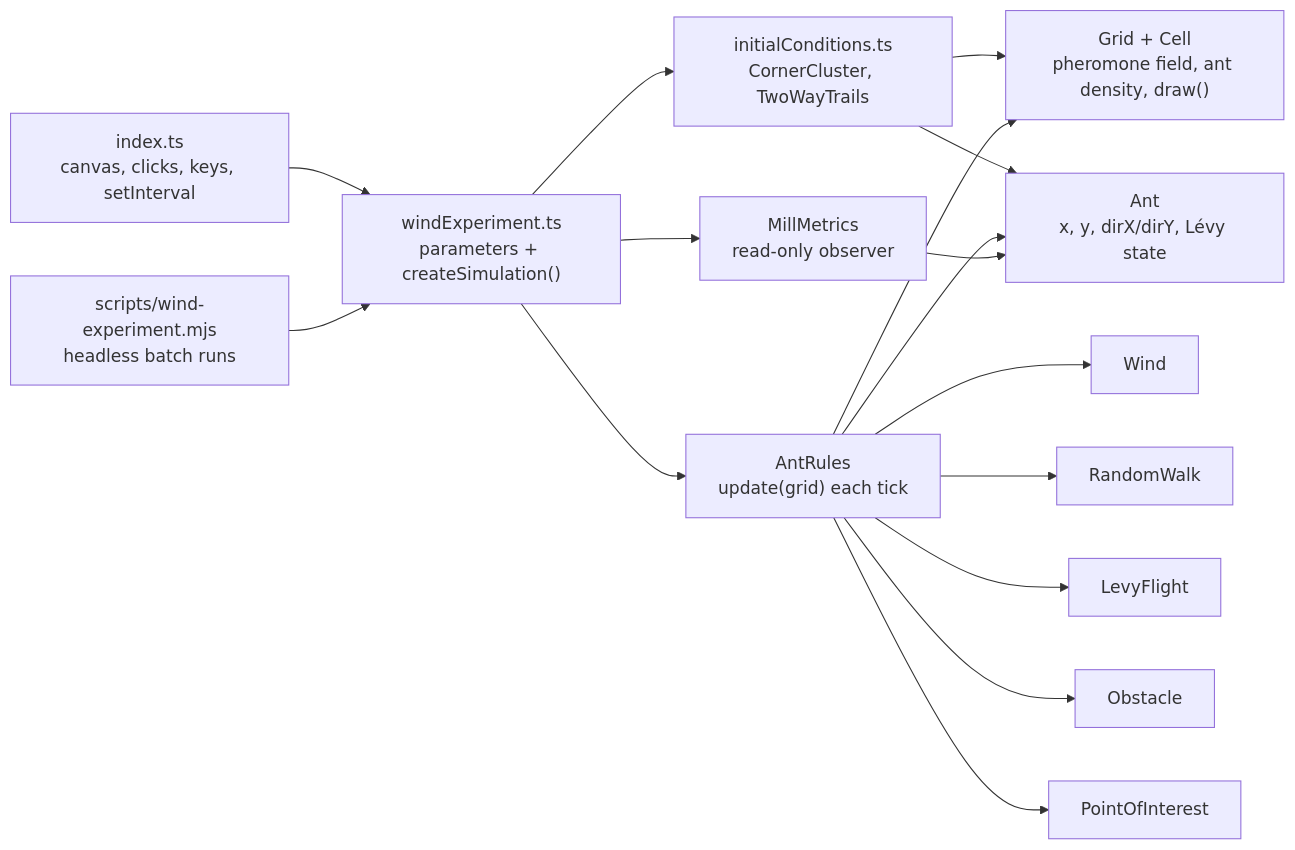
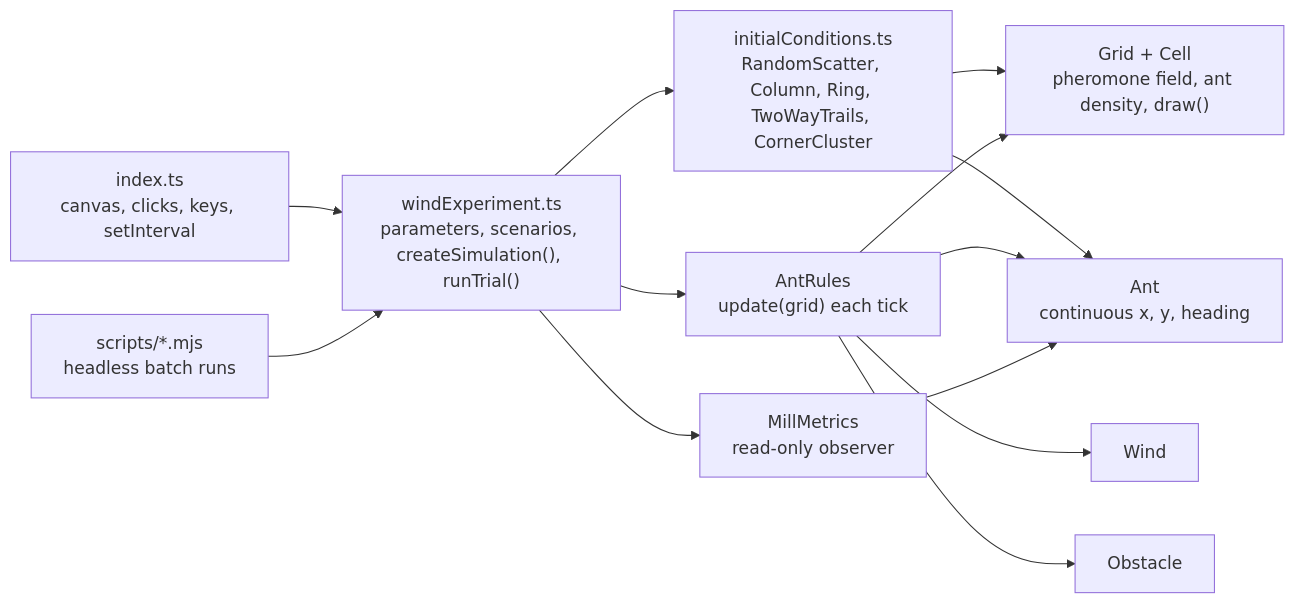
Before and after one commit to MrOliveiraGit/Automato-ant-mill: the diagram in README.md, drawn with Mermaid. The commit also changed other lines of this file and 16 other files, not shown here.

````diff
--- a/README.md
+++ b/README.md
@@ -93,32 +120,26 @@
 ```mermaid
 graph LR
   index["index.ts<br/>canvas, clicks, keys, setInterval"]
-  runner["scripts/wind-experiment.mjs<br/>headless batch runs"]
-  experiment["windExperiment.ts<br/>parameters + createSimulation()"]
-  initial["initialConditions.ts<br/>CornerCluster, TwoWayTrails"]
+  runners["scripts/*.mjs<br/>headless batch runs"]
+  experiment["windExperiment.ts<br/>parameters, scenarios, createSimulation(), runTrial()"]
+  initial["initialConditions.ts<br/>RandomScatter, Column, Ring, TwoWayTrails, CornerCluster"]
   metrics["MillMetrics<br/>read-only observer"]
   grid["Grid + Cell<br/>pheromone field, ant density, draw()"]
   rules["AntRules<br/>update(grid) each tick"]
   wind["Wind"]
-  ant["Ant<br/>x, y, dirX/dirY, Lévy state"]
-  rw["RandomWalk"]
-  lf["LevyFlight"]
+  ant["Ant<br/>continuous x, y, heading"]
   obs["Obstacle"]
-  poi["PointOfInterest"]
 
   index --> experiment
-  runner --> experiment
+  runners --> experiment
   experiment --> initial
   experiment --> rules
   experiment --> metrics
   initial --> grid
   initial --> ant
   rules --> grid
   rules --> ant
   rules --> wind
-  rules --> rw
-  rules --> lf
   rules --> obs
-  rules --> poi
   metrics --> ant
 ```
````
